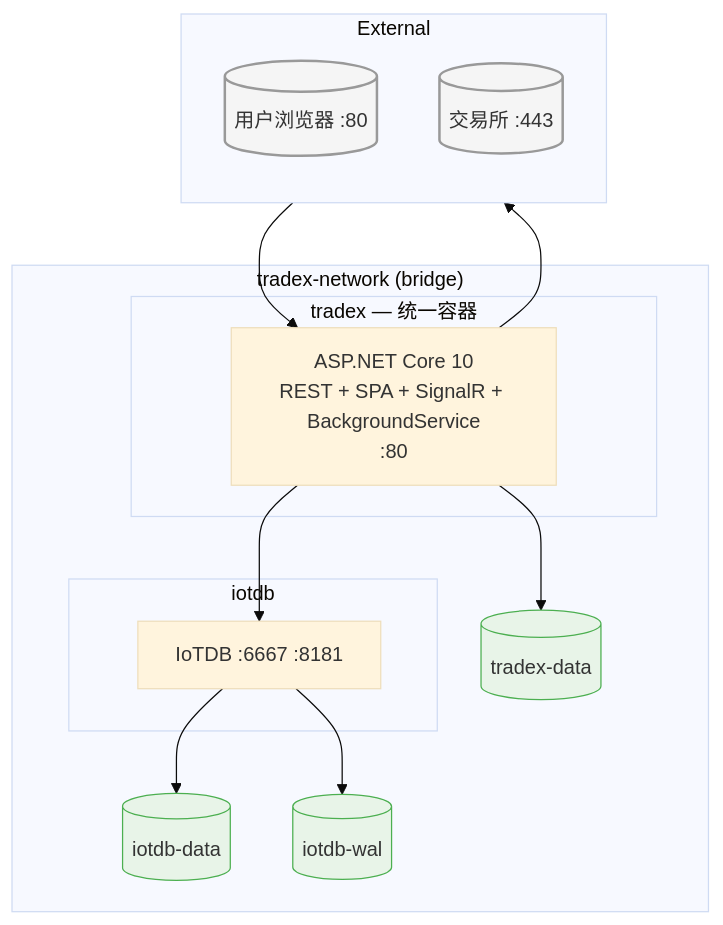
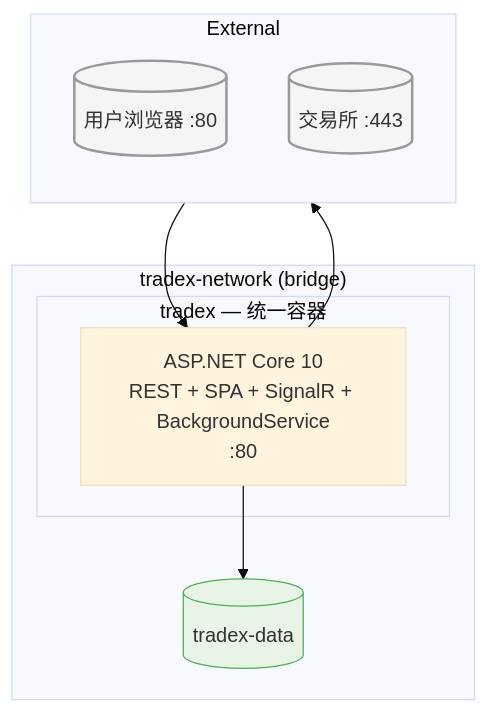
One commit to bambuo/TradeX changed diagram 14 of 14 in docs/TAD.md. Above: the diagram before and after it, drawn with Mermaid (base theme). The commit also changed other lines of this file and 16 other files, not shown here.

````diff
--- a/docs/TAD.md
+++ b/docs/TAD.md
@@ -1013,34 +990,24 @@
 ```mermaid
 flowchart TB
   classDef external fill:#f5f5f5,color:#333,stroke:#999,stroke-width:2px
   classDef group fill:none,stroke:#666,stroke-width:2px,stroke-dasharray:5 5
   classDef volume fill:#e8f4e8,color:#333,stroke:#4caf50,stroke-width:1px
 
   subgraph External["External"]
     direction TB
     USER[("用户浏览器 :80")]:::external
     EXS[("交易所 :443")]:::external
   end
 
   subgraph NETWORK["tradex-network (bridge)"]
     subgraph APP["tradex — 统一容器"]
       API[ASP.NET Core 10<br/>REST + SPA + SignalR + BackgroundService<br/>:80]
     end
 
-    subgraph TSDB["iotdb"]
-      IOTDB[IoTDB :6667 :8181]
-    end
-
     VOL_DATA[(tradex-data)]:::volume
-    VOL_IOTDB_DATA[(iotdb-data)]:::volume
-    VOL_IOTDB_WAL[(iotdb-wal)]:::volume
   end
 
   USER --> API
   API --> VOL_DATA
-  API --> IOTDB
   API --> EXS
-
-  IOTDB --> VOL_IOTDB_DATA
-  IOTDB --> VOL_IOTDB_WAL
 ```
````
